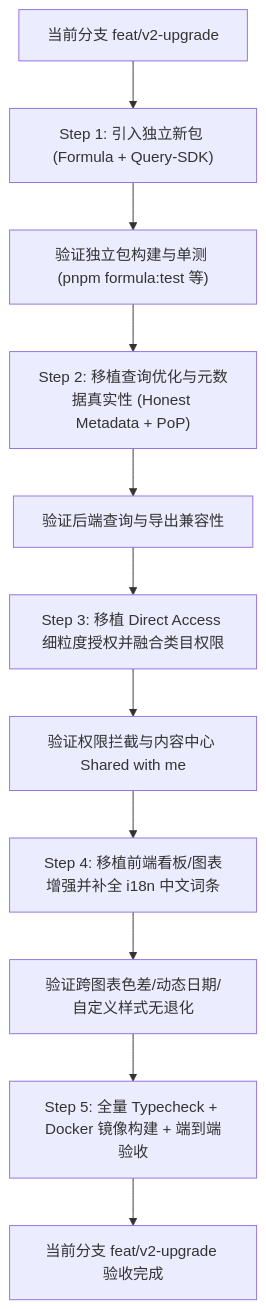
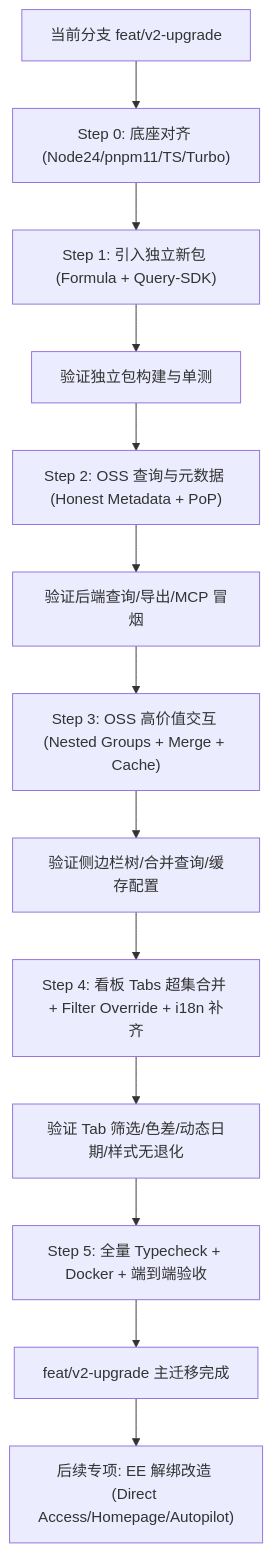
The fourth of 4 diagrams in docs/v2-upgrade-and-migration-guide.md (winwin-inc/lightdash-i18n), drawn with Mermaid before and after one commit. The commit also changed other lines of this file, not shown here.

Commit message:
docs: 更新 Lightdash 2.x 功能正向迁移与集成实施指南，增加看板 Tabs 增强和关键风险分析

````diff
--- a/docs/v2-upgrade-and-migration-guide.md
+++ b/docs/v2-upgrade-and-migration-guide.md
@@ -181,17 +284,19 @@
 ```mermaid
 flowchart TD
-    Start["当前分支 feat/v2-upgrade"] --> Step1["Step 1: 引入独立新包 (Formula + Query-SDK)"]
-    Step1 --> Test1["验证独立包构建与单测 (pnpm formula:test 等)"]
+    Start["当前分支 feat/v2-upgrade"] --> Step0["Step 0: 底座对齐 (Node24/pnpm11/TS/Turbo)"]
+    Step0 --> Step1["Step 1: 引入独立新包 (Formula + Query-SDK)"]
+    Step1 --> Test1["验证独立包构建与单测"]
     
-    Test1 --> Step2["Step 2: 移植查询优化与元数据真实性 (Honest Metadata + PoP)"]
-    Step2 --> Test2["验证后端查询与导出兼容性"]
+    Test1 --> Step2["Step 2: OSS 查询与元数据 (Honest Metadata + PoP)"]
+    Step2 --> Test2["验证后端查询/导出/MCP 冒烟"]
     
-    Test2 --> Step3["Step 3: 移植 Direct Access 细粒度授权并融合类目权限"]
-    Step3 --> Test3["验证权限拦截与内容中心 Shared with me"]
+    Test2 --> Step3["Step 3: OSS 高价值交互 (Nested Groups + Merge + Cache)"]
+    Step3 --> Test3["验证侧边栏树/合并查询/缓存配置"]
     
-    Test3 --> Step4["Step 4: 移植前端看板/图表增强并补全 i18n 中文词条"]
-    Step4 --> Test4["验证跨图表色差/动态日期/自定义样式无退化"]
+    Test3 --> Step4["Step 4: 看板 Tabs 超集合并 + Filter Override + i18n 补齐"]
+    Step4 --> Test4["验证 Tab 筛选/色差/动态日期/样式无退化"]
     
-    Test4 --> Step5["Step 5: 全量 Typecheck + Docker 镜像构建 + 端到端验收"]
-    Step5 --> Done["当前分支 feat/v2-upgrade 验收完成"]
+    Test4 --> Step5["Step 5: 全量 Typecheck + Docker + 端到端验收"]
+    Step5 --> Done["feat/v2-upgrade 主迁移完成"]
+    Done --> EELater["后续专项: EE 解绑改造 (Direct Access/Homepage/Autopilot)"]
 ```
````
